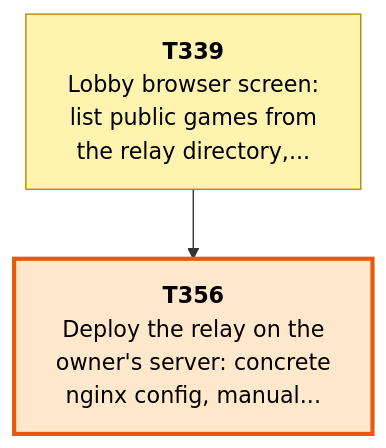
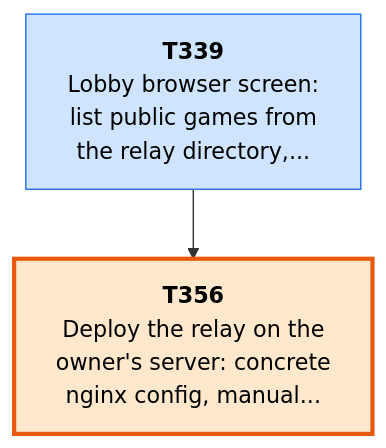
One commit to Kenmura/Unciv changed the first of 7 diagrams in csharp/migration/DEPENDENCY_MAP.md. Above: the diagram before and after it, drawn with Mermaid. The commit also changed other lines of this file and 42 other files, not shown here.

````diff
--- a/csharp/migration/DEPENDENCY_MAP.md
+++ b/csharp/migration/DEPENDENCY_MAP.md
@@ -63,15 +63,15 @@
 ```mermaid
 flowchart TD
   T339["<b>T339</b><br/>Lobby browser screen:<br/>list public games from<br/>the relay directory,..."]
   T356["<b>T356</b><br/>Deploy the relay on the<br/>owner's server: concrete<br/>nginx config, manual..."]
   T339 --> T356
   classDef waiting fill:#f3faf3,stroke:#9bc49b,color:#555,stroke-dasharray:2 2
   classDef ondeck fill:#ffe8cc,stroke:#e8590c,stroke-width:3px,color:#000
   classDef ready fill:#7ee787,stroke:#1a7f37,stroke-width:3px,color:#000
   classDef prog fill:#fff3b0,stroke:#b58900,color:#000
   classDef review fill:#cfe4ff,stroke:#1f6feb,color:#000
   classDef blocked fill:#ffd6d6,stroke:#c62828,color:#000
   classDef done fill:#eeeeee,stroke:#999999,color:#666,stroke-dasharray:4 3
-  class T339 prog
+  class T339 review
   class T356 ondeck
 ```
````
